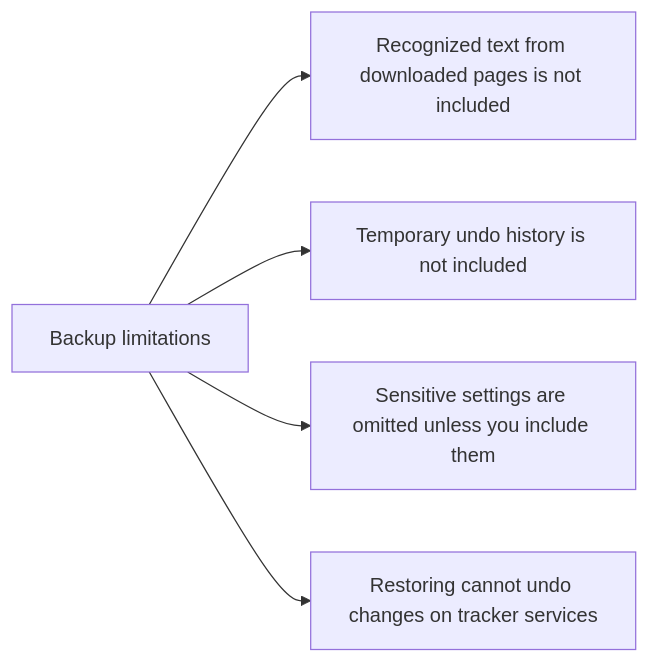
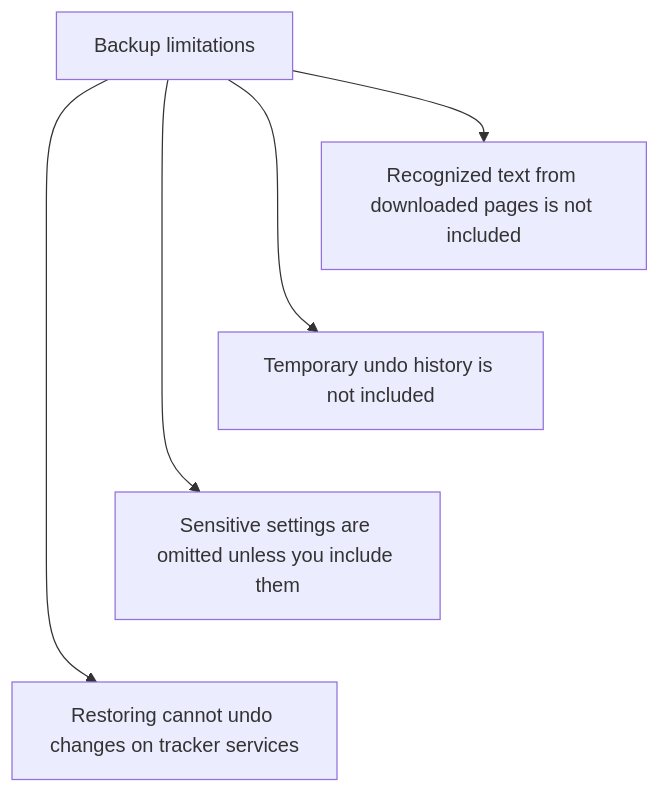
One commit to FancyCorey/komikku-fc changed the fourth of 4 diagrams in docs/kmk/feature-guides/backups.md. Above: the diagram before and after it, drawn with Mermaid. The commit also changed other lines of this file and 29 other files, not shown here.

````diff
--- a/docs/kmk/feature-guides/backups.md
+++ b/docs/kmk/feature-guides/backups.md
@@ -77,7 +76,11 @@
 ```mermaid
-flowchart LR
+flowchart TD
     Backup["Backup limitations"] --> OCR["Recognized text from downloaded pages is not included"]
     Backup --> History["Temporary undo history is not included"]
     Backup --> Credentials["Sensitive settings are omitted unless you include them"]
     Backup --> Remote["Restoring cannot undo changes on tracker services"]
+    %% Stack independent choices vertically for narrow screens.
+    OCR ~~~ History
+    History ~~~ Credentials
+    Credentials ~~~ Remote
 ```
````
